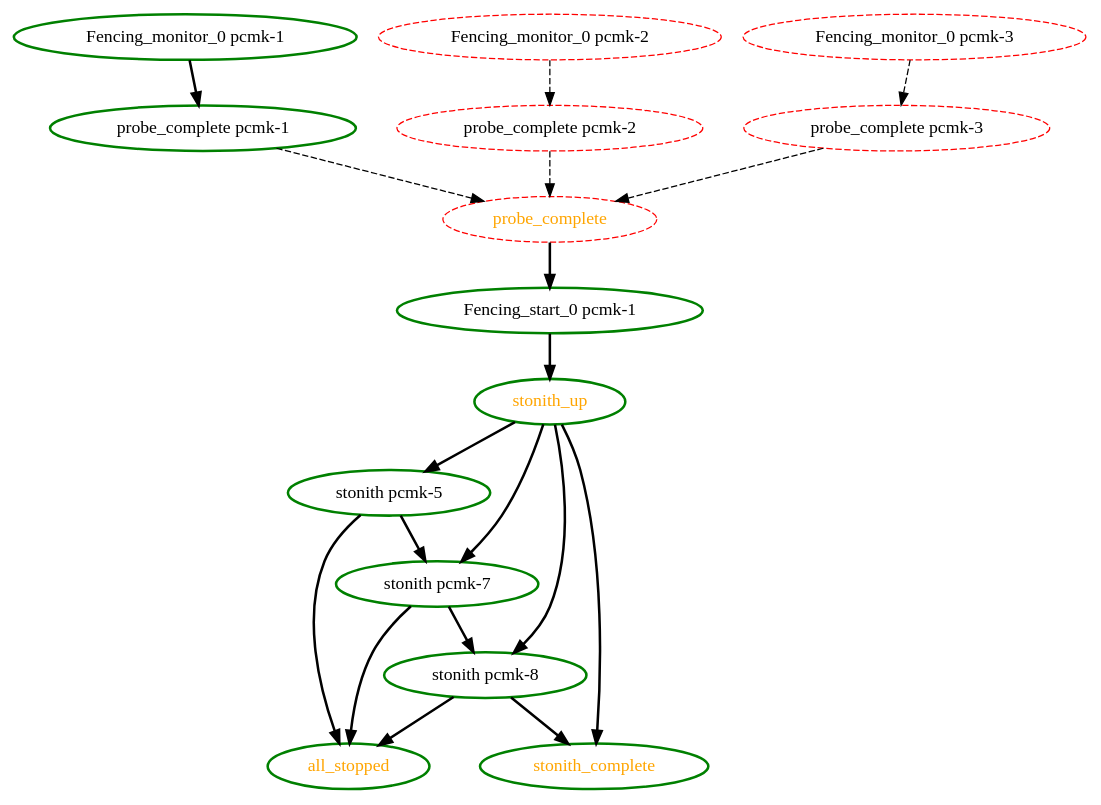
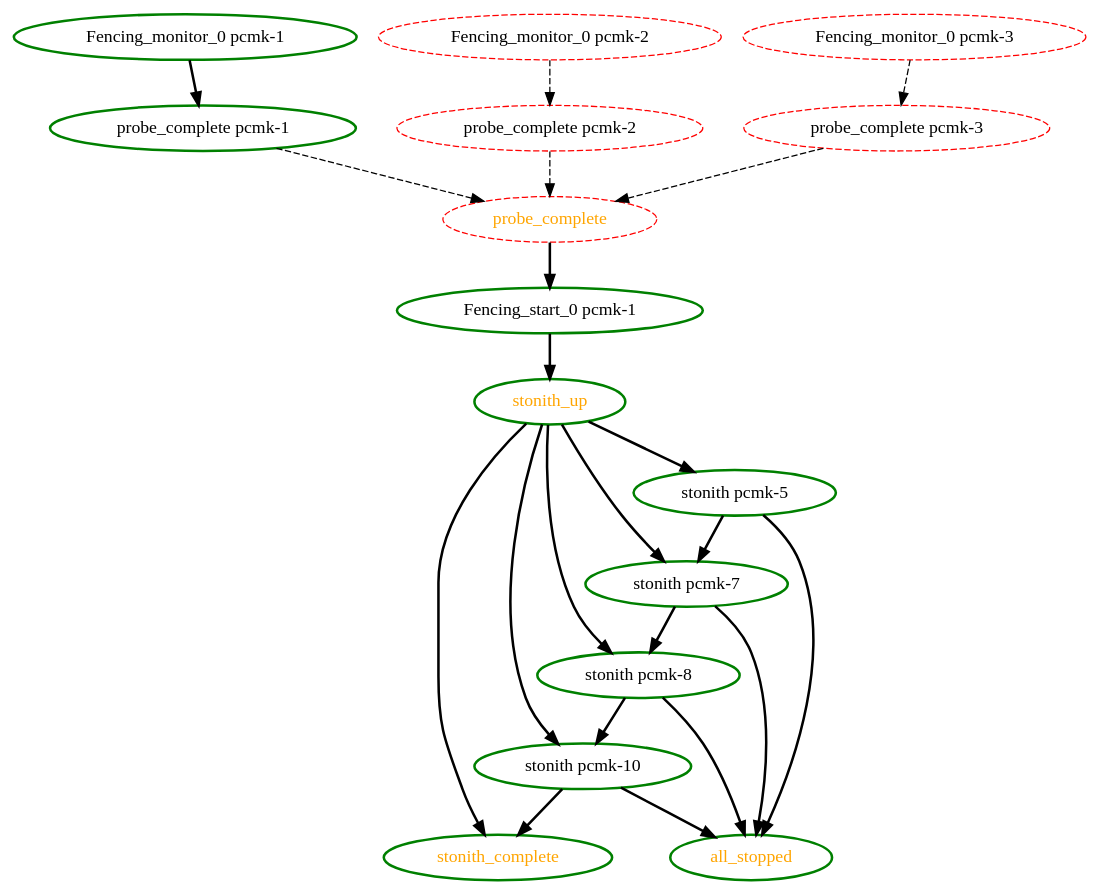
Before and after one commit to ClusterLabs/pacemaker: the diagram in pengine/test10/stonith-4.dot, drawn with Graphviz. The commit also changed 4 other files, not shown here.

```diff
--- a/pengine/test10/stonith-4.dot
+++ b/pengine/test10/stonith-4.dot
@@ -1,34 +1,38 @@
 digraph "g" {
 "Fencing_monitor_0 pcmk-1" -> "probe_complete pcmk-1" [ style = bold]
 "Fencing_monitor_0 pcmk-1" [ style=bold color="green" fontcolor="black"]
 "Fencing_monitor_0 pcmk-2" -> "probe_complete pcmk-2" [ style = dashed]
 "Fencing_monitor_0 pcmk-2" [ style=dashed color="red" fontcolor="black"]
 "Fencing_monitor_0 pcmk-3" -> "probe_complete pcmk-3" [ style = dashed]
 "Fencing_monitor_0 pcmk-3" [ style=dashed color="red" fontcolor="black"]
 "Fencing_start_0 pcmk-1" -> "stonith_up" [ style = bold]
 "Fencing_start_0 pcmk-1" [ style=bold color="green" fontcolor="black"]
 "all_stopped" [ style=bold color="green" fontcolor="orange"]
 "probe_complete pcmk-1" -> "probe_complete" [ style = dashed]
 "probe_complete pcmk-1" [ style=bold color="green" fontcolor="black"]
 "probe_complete pcmk-2" -> "probe_complete" [ style = dashed]
 "probe_complete pcmk-2" [ style=dashed color="red" fontcolor="black"]
 "probe_complete pcmk-3" -> "probe_complete" [ style = dashed]
 "probe_complete pcmk-3" [ style=dashed color="red" fontcolor="black"]
 "probe_complete" -> "Fencing_start_0 pcmk-1" [ style = bold]
 "probe_complete" [ style=dashed color="red" fontcolor="orange"]
+"stonith pcmk-10" -> "all_stopped" [ style = bold]
+"stonith pcmk-10" -> "stonith_complete" [ style = bold]
+"stonith pcmk-10" [ style=bold color="green" fontcolor="black"]
 "stonith pcmk-5" -> "all_stopped" [ style = bold]
 "stonith pcmk-5" -> "stonith pcmk-7" [ style = bold]
 "stonith pcmk-5" [ style=bold color="green" fontcolor="black"]
 "stonith pcmk-7" -> "all_stopped" [ style = bold]
 "stonith pcmk-7" -> "stonith pcmk-8" [ style = bold]
 "stonith pcmk-7" [ style=bold color="green" fontcolor="black"]
 "stonith pcmk-8" -> "all_stopped" [ style = bold]
-"stonith pcmk-8" -> "stonith_complete" [ style = bold]
+"stonith pcmk-8" -> "stonith pcmk-10" [ style = bold]
 "stonith pcmk-8" [ style=bold color="green" fontcolor="black"]
 "stonith_complete" [ style=bold color="green" fontcolor="orange"]
+"stonith_up" -> "stonith pcmk-10" [ style = bold]
 "stonith_up" -> "stonith pcmk-5" [ style = bold]
 "stonith_up" -> "stonith pcmk-7" [ style = bold]
 "stonith_up" -> "stonith pcmk-8" [ style = bold]
 "stonith_up" -> "stonith_complete" [ style = bold]
 "stonith_up" [ style=bold color="green" fontcolor="orange"]
 }
```
